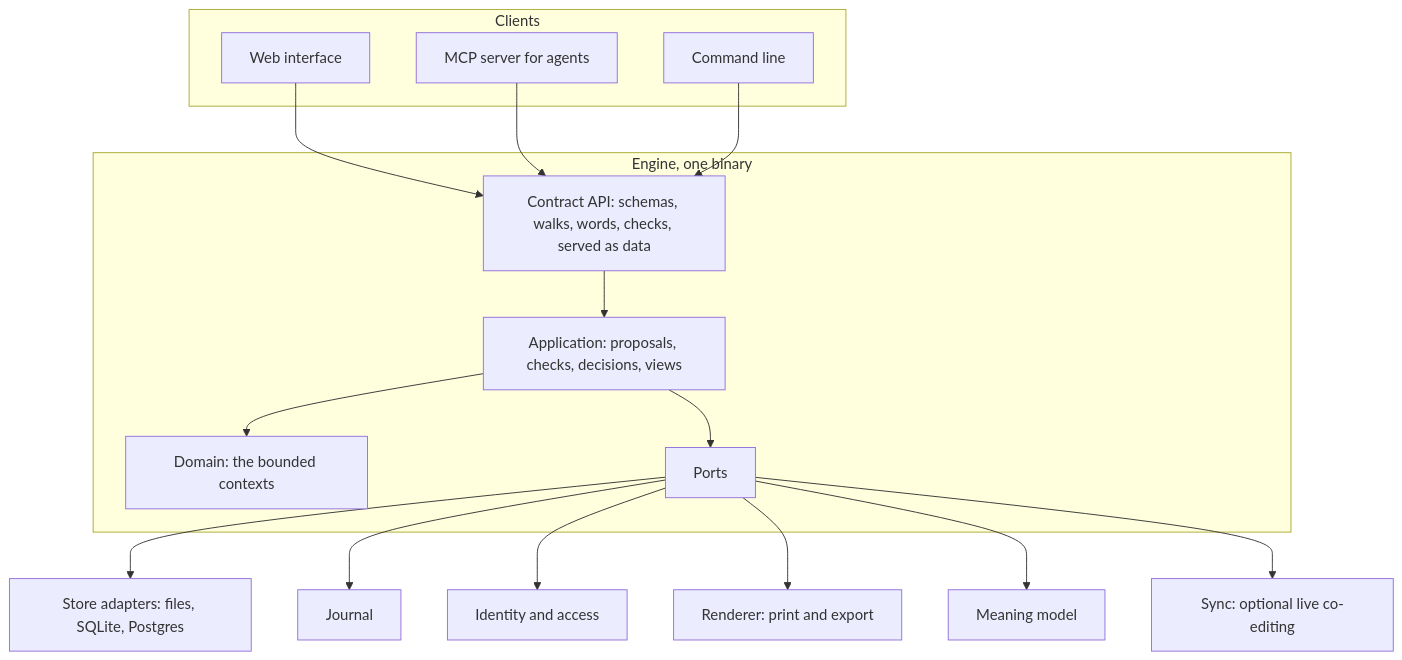
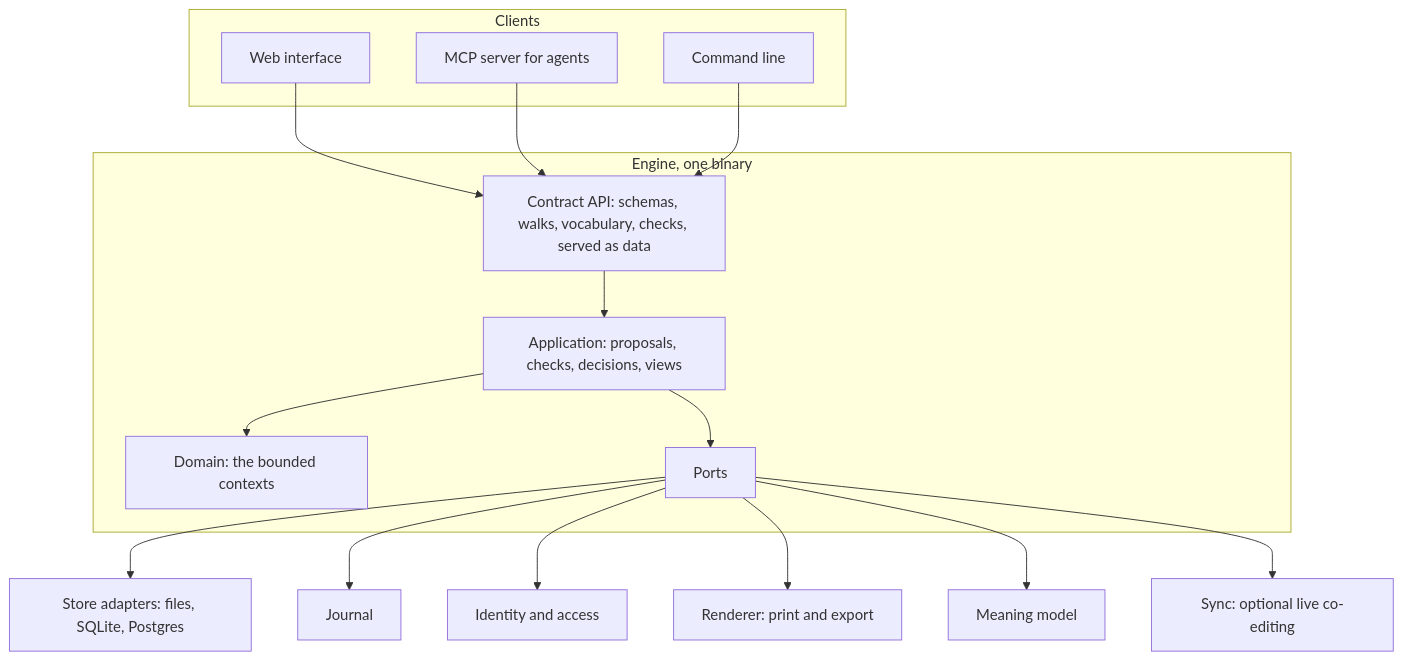
Before and after one commit to ProjectCartograph/cartograph-design: the second of 3 diagrams in docs/explanation/architecture.md, drawn with Mermaid. The commit also changed other lines of this file and 17 other files, not shown here.

````diff
--- a/docs/explanation/architecture.md
+++ b/docs/explanation/architecture.md
@@ -23,25 +23,25 @@
 ```mermaid
 flowchart TB
   subgraph Clients
     WEB["Web interface"]
     MCP["MCP server for agents"]
     CLI["Command line"]
   end
   subgraph Engine["Engine, one binary"]
-    API["Contract API: schemas, walks, words, checks, served as data"]
+    API["Contract API: schemas, walks, vocabulary, checks, served as data"]
     APP["Application: proposals, checks, decisions, views"]
     DOM["Domain: the bounded contexts"]
     PORTS["Ports"]
   end
   WEB --> API
   MCP --> API
   CLI --> API
   API --> APP --> DOM
   APP --> PORTS
   PORTS --> S1["Store adapters: files, SQLite, Postgres"]
   PORTS --> S2["Journal"]
   PORTS --> S3["Identity and access"]
   PORTS --> S4["Renderer: print and export"]
   PORTS --> S5["Meaning model"]
   PORTS --> S6["Sync: optional live co-editing"]
 ```
````
